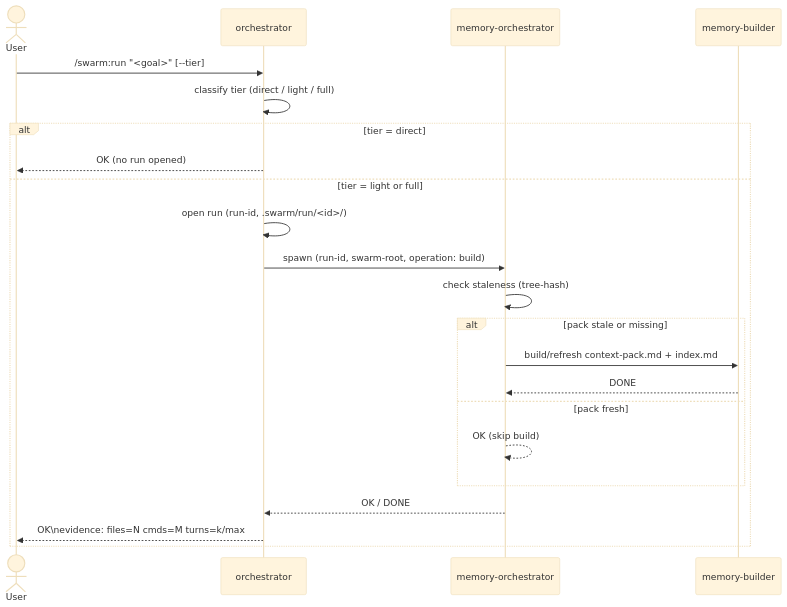
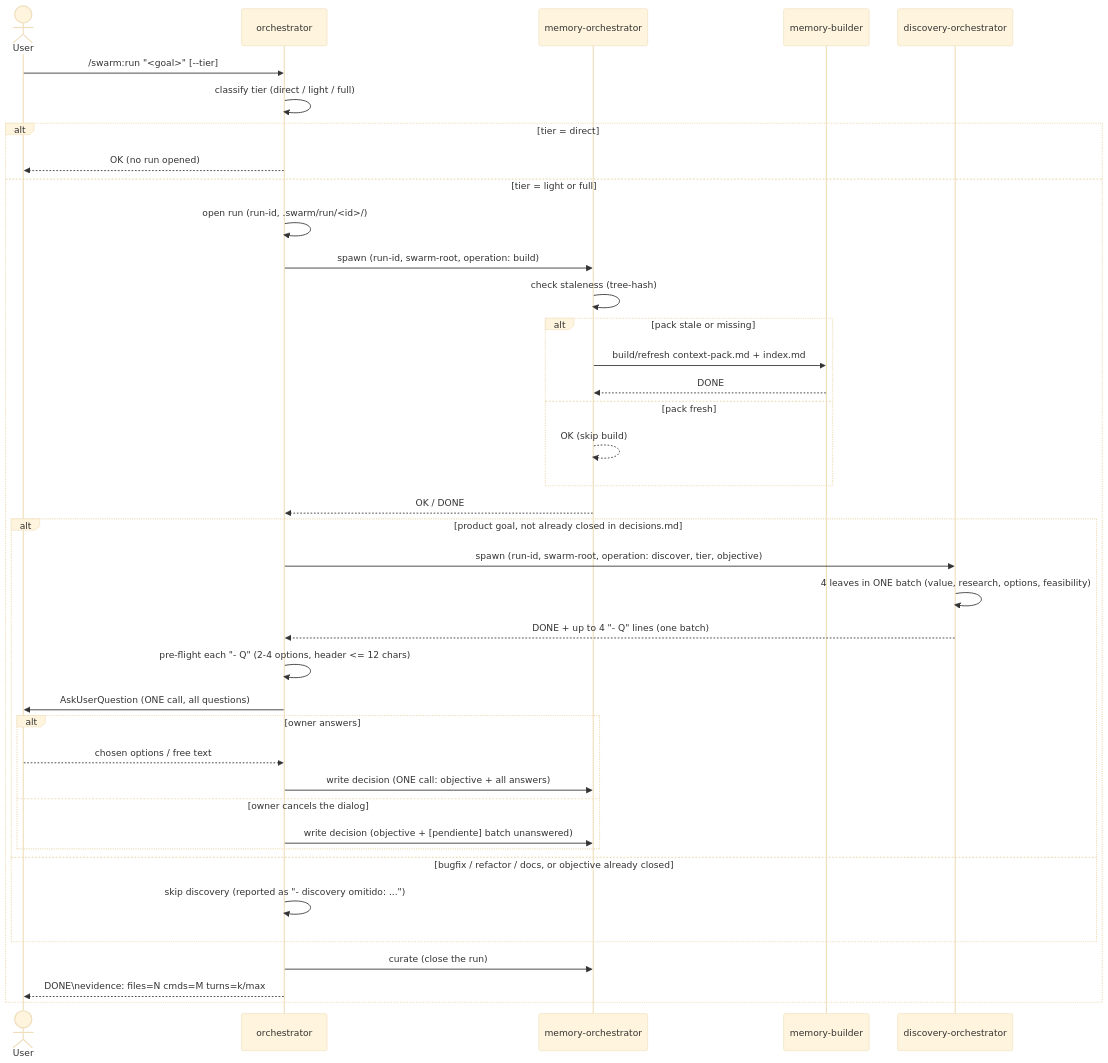
One commit to davidgarciagordo/swarm changed the second of 3 diagrams in README.md. Above: the diagram before and after it, drawn with Mermaid (base theme). The commit also changed other lines of this file and 3 other files, not shown here.

First line of the commit message:
fix(orchestrator): saneado de texto ajeno, batch de decisiones y guardas del batch interactivo

````diff
--- a/README.md
+++ b/README.md
@@ -66,25 +66,42 @@
 ```mermaid
 sequenceDiagram
     actor User
     participant O as orchestrator
     participant MO as memory-orchestrator
     participant MB as memory-builder
+    participant DO as discovery-orchestrator
 
     User->>O: /swarm:run "<goal>" [--tier]
     O->>O: classify tier (direct / light / full)
     alt tier = direct
         O-->>User: OK (no run opened)
     else tier = light or full
         O->>O: open run (run-id, .swarm/run/<id>/)
         O->>MO: spawn (run-id, swarm-root, operation: build)
         MO->>MO: check staleness (tree-hash)
         alt pack stale or missing
             MO->>MB: build/refresh context-pack.md + index.md
             MB-->>MO: DONE
         else pack fresh
             MO-->>MO: OK (skip build)
         end
         MO-->>O: OK / DONE
-        O-->>User: OK\nevidence: files=N cmds=M turns=k/max
+        alt product goal, not already closed in decisions.md
+            O->>DO: spawn (run-id, swarm-root, operation: discover, tier, objective)
+            DO->>DO: 4 leaves in ONE batch (value, research, options, feasibility)
+            DO-->>O: DONE + up to 4 "- Q" lines (one batch)
+            O->>O: pre-flight each "- Q" (2-4 options, header <= 12 chars)
+            O->>User: AskUserQuestion (ONE call, all questions)
+            alt owner answers
+                User-->>O: chosen options / free text
+                O->>MO: write decision (ONE call: objective + all answers)
+            else owner cancels the dialog
+                O->>MO: write decision (objective + [pendiente] batch unanswered)
+            end
+        else bugfix / refactor / docs, or objective already closed
+            O->>O: skip discovery (reported as "- discovery omitido: ...")
+        end
+        O->>MO: curate (close the run)
+        O-->>User: DONE\nevidence: files=N cmds=M turns=k/max
     end
 ```
````
